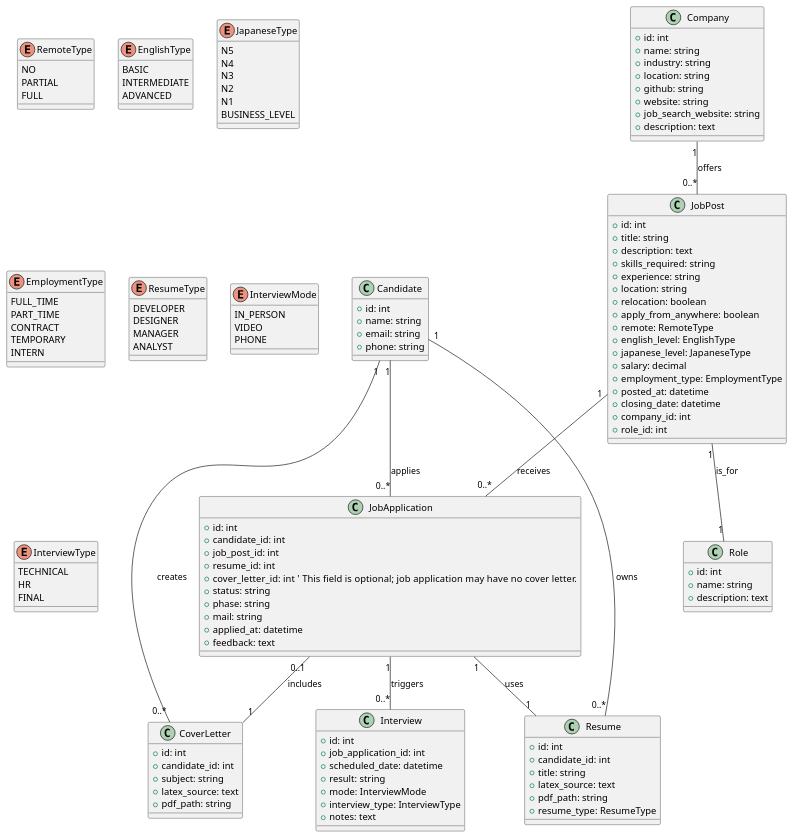
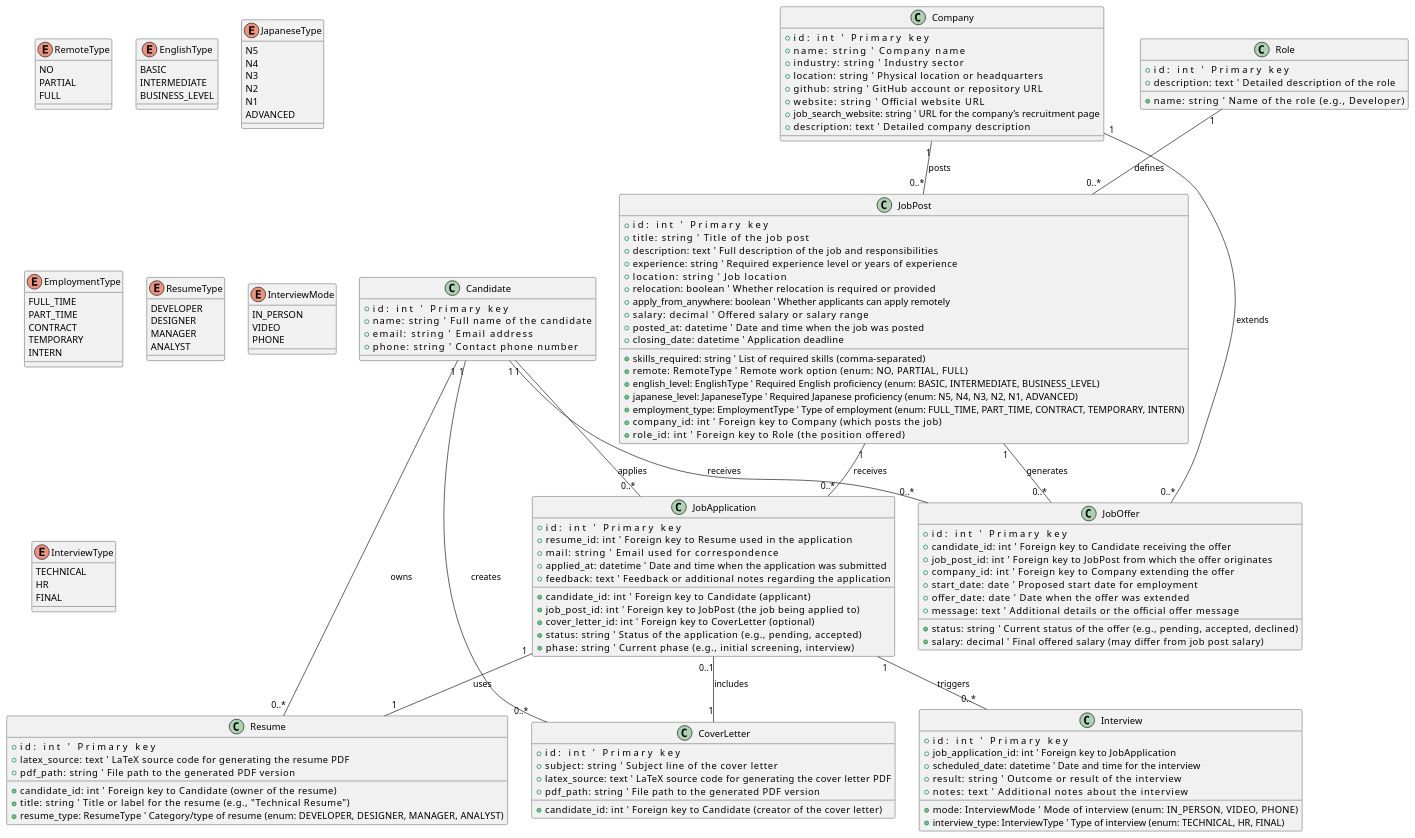
The diagram in docs/class_diagram.puml (cryptrunner49/job-hunters), drawn with PlantUML before and after one commit. The commit also changed 1 other file, not shown here.

Commit message:
Update class diagram with new structure and add comments
- Updated the class diagram to reflect the changes in the application's structure, including the addition of the 'Hunter' and 'JobPost' classes
- Added comments to the class diagram to provide clarity and explain the purpose and relationships of each class
- Ensured that the updated class diagram accurately represents the current state of the codebase

This commit enhances the documentation of the application by providing an up-to-date visual representation of the class structure. The added comments offer valuable insights into the functionality and interactions of the classes, making it easier for developers to understand the codebase and maintain it effectively.

```diff
--- a/docs/class_diagram.puml
+++ b/docs/class_diagram.puml
@@ -1,158 +1,175 @@
 @startuml
 
 ' Candidate represents a user applying to jobs.
 class Candidate {
-  + id: int
-  + name: string
-  + email: string
-  + phone: string
+  + id: int                      ' Primary key
+  + name: string                 ' Full name of the candidate
+  + email: string                ' Email address
+  + phone: string                ' Contact phone number
 }
 
-' Company offers many JobPosts.
+' Company offers job posts and extends job offers.
 class Company {
-  + id: int
-  + name: string
-  + industry: string
-  + location: string
-  + github: string
-  + website: string
-  + job_search_website: string
-  + description: text
+  + id: int                      ' Primary key
+  + name: string                 ' Company name
+  + industry: string             ' Industry sector
+  + location: string             ' Physical location or headquarters
+  + github: string               ' GitHub account or repository URL
+  + website: string              ' Official website URL
+  + job_search_website: string   ' URL for the company’s recruitment page
+  + description: text            ' Detailed company description
 }
 
-' Role defines the position for a JobPost.
+' Role defines the position for a job post.
 class Role {
-  + id: int
-  + name: string
-  + description: text
+  + id: int                      ' Primary key
+  + name: string                 ' Name of the role (e.g., Developer)
+  + description: text            ' Detailed description of the role
 }
 
-' JobPost belongs to one Company and is associated with one Role.
+' JobPost represents a job posting on the platform.
 class JobPost {
-  + id: int
-  + title: string
-  + description: text
-  + skills_required: string
-  + experience: string
-  + location: string
-  + relocation: boolean
-  + apply_from_anywhere: boolean
-  + remote: RemoteType
-  + english_level: EnglishType
-  + japanese_level: JapaneseType
-  + salary: decimal
-  + employment_type: EmploymentType
-  + posted_at: datetime
-  + closing_date: datetime
-  + company_id: int
-  + role_id: int
+  + id: int                      ' Primary key
+  + title: string                ' Title of the job post
+  + description: text            ' Full description of the job and responsibilities
+  + skills_required: string      ' List of required skills (comma-separated)
+  + experience: string           ' Required experience level or years of experience
+  + location: string             ' Job location
+  + relocation: boolean          ' Whether relocation is required or provided
+  + apply_from_anywhere: boolean ' Whether applicants can apply remotely
+  + remote: RemoteType           ' Remote work option (enum: NO, PARTIAL, FULL)
+  + english_level: EnglishType   ' Required English proficiency (enum: BASIC, INTERMEDIATE, BUSINESS_LEVEL)
+  + japanese_level: JapaneseType ' Required Japanese proficiency (enum: N5, N4, N3, N2, N1, ADVANCED)
+  + salary: decimal              ' Offered salary or salary range
+  + employment_type: EmploymentType ' Type of employment (enum: FULL_TIME, PART_TIME, CONTRACT, TEMPORARY, INTERN)
+  + posted_at: datetime          ' Date and time when the job was posted
+  + closing_date: datetime       ' Application deadline
+  + company_id: int              ' Foreign key to Company (which posts the job)
+  + role_id: int                 ' Foreign key to Role (the position offered)
 }
 
 ' Resume represents one of the candidate's CVs.
 class Resume {
-  + id: int
-  + candidate_id: int
-  + title: string
-  + latex_source: text
-  + pdf_path: string
-  + resume_type: ResumeType
+  + id: int                      ' Primary key
+  + candidate_id: int            ' Foreign key to Candidate (owner of the resume)
+  + title: string                ' Title or label for the resume (e.g., "Technical Resume")
+  + latex_source: text           ' LaTeX source code for generating the resume PDF
+  + pdf_path: string             ' File path to the generated PDF version
+  + resume_type: ResumeType      ' Category/type of resume (enum: DEVELOPER, DESIGNER, MANAGER, ANALYST)
 }
 
 ' CoverLetter represents a cover letter a candidate can create.
 class CoverLetter {
-  + id: int
-  + candidate_id: int
-  + subject: string
-  + latex_source: text
-  + pdf_path: string
+  + id: int                      ' Primary key
+  + candidate_id: int            ' Foreign key to Candidate (creator of the cover letter)
+  + subject: string              ' Subject line of the cover letter
+  + latex_source: text           ' LaTeX source code for generating the cover letter PDF
+  + pdf_path: string             ' File path to the generated PDF version
 }
 
 ' JobApplication links a candidate (with a Resume and an optional CoverLetter) to a JobPost.
 class JobApplication {
-  + id: int
-  + candidate_id: int
-  + job_post_id: int
-  + resume_id: int
-  + cover_letter_id: int   ' This field is optional; job application may have no cover letter.
-  + status: string
-  + phase: string
-  + mail: string
-  + applied_at: datetime
-  + feedback: text
+  + id: int                      ' Primary key
+  + candidate_id: int            ' Foreign key to Candidate (applicant)
+  + job_post_id: int             ' Foreign key to JobPost (the job being applied to)
+  + resume_id: int               ' Foreign key to Resume used in the application
+  + cover_letter_id: int         ' Foreign key to CoverLetter (optional)
+  + status: string               ' Status of the application (e.g., pending, accepted)
+  + phase: string                ' Current phase (e.g., initial screening, interview)
+  + mail: string                 ' Email used for correspondence
+  + applied_at: datetime         ' Date and time when the application was submitted
+  + feedback: text               ' Feedback or additional notes regarding the application
 }
 
 ' Interview is scheduled for a JobApplication.
 class Interview {
-  + id: int
-  + job_application_id: int
-  + scheduled_date: datetime
-  + result: string
-  + mode: InterviewMode
-  + interview_type: InterviewType
-  + notes: text
+  + id: int                      ' Primary key
+  + job_application_id: int      ' Foreign key to JobApplication
+  + scheduled_date: datetime     ' Date and time for the interview
+  + result: string               ' Outcome or result of the interview
+  + mode: InterviewMode          ' Mode of interview (enum: IN_PERSON, VIDEO, PHONE)
+  + interview_type: InterviewType ' Type of interview (enum: TECHNICAL, HR, FINAL)
+  + notes: text                  ' Additional notes about the interview
 }
 
-' Enum definitions
+' JobOffer represents the actual offer extended by a company.
+class JobOffer {
+  + id: int                      ' Primary key
+  + candidate_id: int            ' Foreign key to Candidate receiving the offer
+  + job_post_id: int             ' Foreign key to JobPost from which the offer originates
+  + company_id: int              ' Foreign key to Company extending the offer
+  + status: string               ' Current status of the offer (e.g., pending, accepted, declined)
+  + salary: decimal              ' Final offered salary (may differ from job post salary)
+  + start_date: date             ' Proposed start date for employment
+  + offer_date: date             ' Date when the offer was extended
+  + message: text                ' Additional details or the official offer message
+}
+
+' Enums definitions
 enum RemoteType {
   NO
   PARTIAL
   FULL
 }
 
 enum EnglishType {
   BASIC
   INTERMEDIATE
-  ADVANCED
+  BUSINESS_LEVEL
 }
 
 enum JapaneseType {
   N5
   N4
   N3
   N2
   N1
-  BUSINESS_LEVEL
+  ADVANCED
 }
 
 enum EmploymentType {
   FULL_TIME
   PART_TIME
   CONTRACT
   TEMPORARY
   INTERN
 }
 
 enum ResumeType {
   DEVELOPER
   DESIGNER
   MANAGER
   ANALYST
 }
 
 enum InterviewMode {
   IN_PERSON
   VIDEO
   PHONE
 }
 
 enum InterviewType {
   TECHNICAL
   HR
   FINAL
 }
 
 ' Define relationships
 Candidate "1" -- "0..*" Resume : owns
 Candidate "1" -- "0..*" CoverLetter : creates
 Candidate "1" -- "0..*" JobApplication : applies
+Candidate "1" -- "0..*" JobOffer : receives
 
-Company "1" -- "0..*" JobPost : offers
+Company "1" -- "0..*" JobPost : posts
+Company "1" -- "0..*" JobOffer : extends
 
-JobPost "1" -- "1" Role : is_for
+Role "1" -- "0..*" JobPost : defines
+
 JobPost "1" -- "0..*" JobApplication : receives
+JobPost "1" -- "0..*" JobOffer : generates
 
 JobApplication "1" -- "1" Resume : uses
 JobApplication "0..1" -- "1" CoverLetter : includes
 JobApplication "1" -- "0..*" Interview : triggers
 
 @enduml
```
